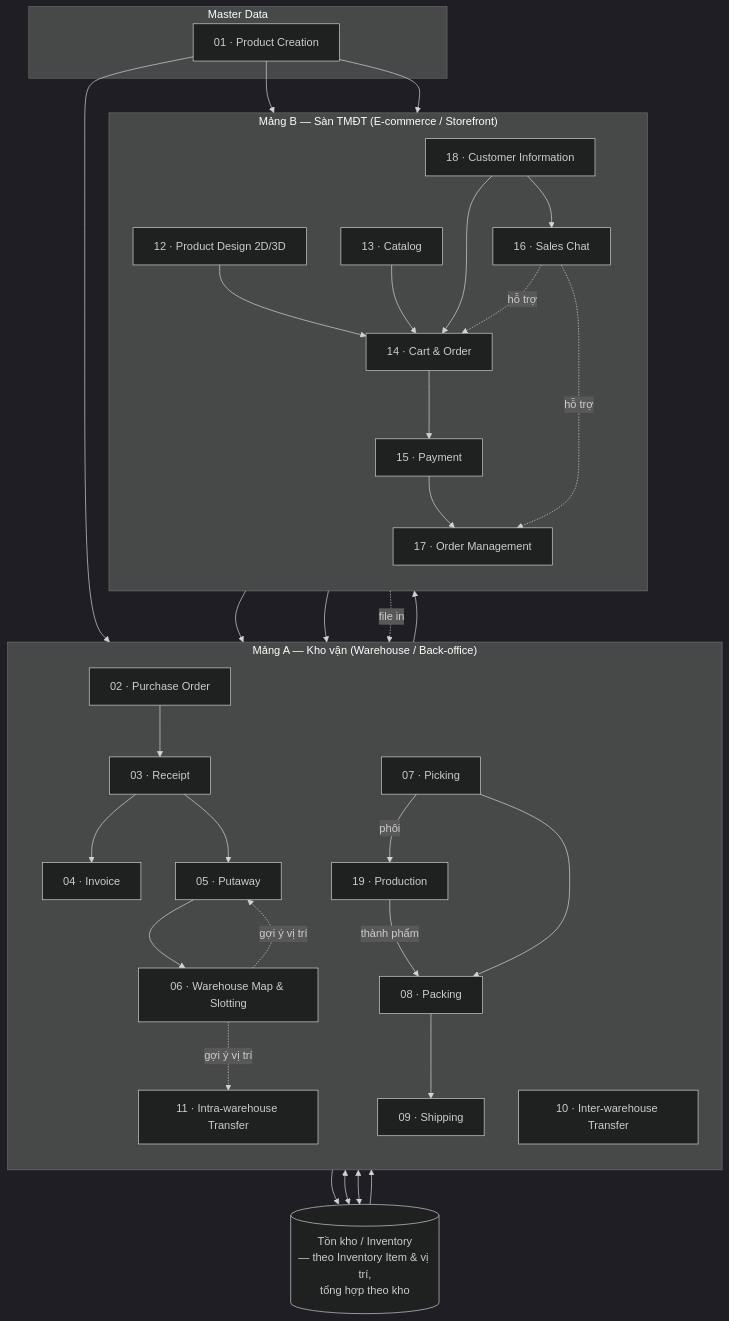
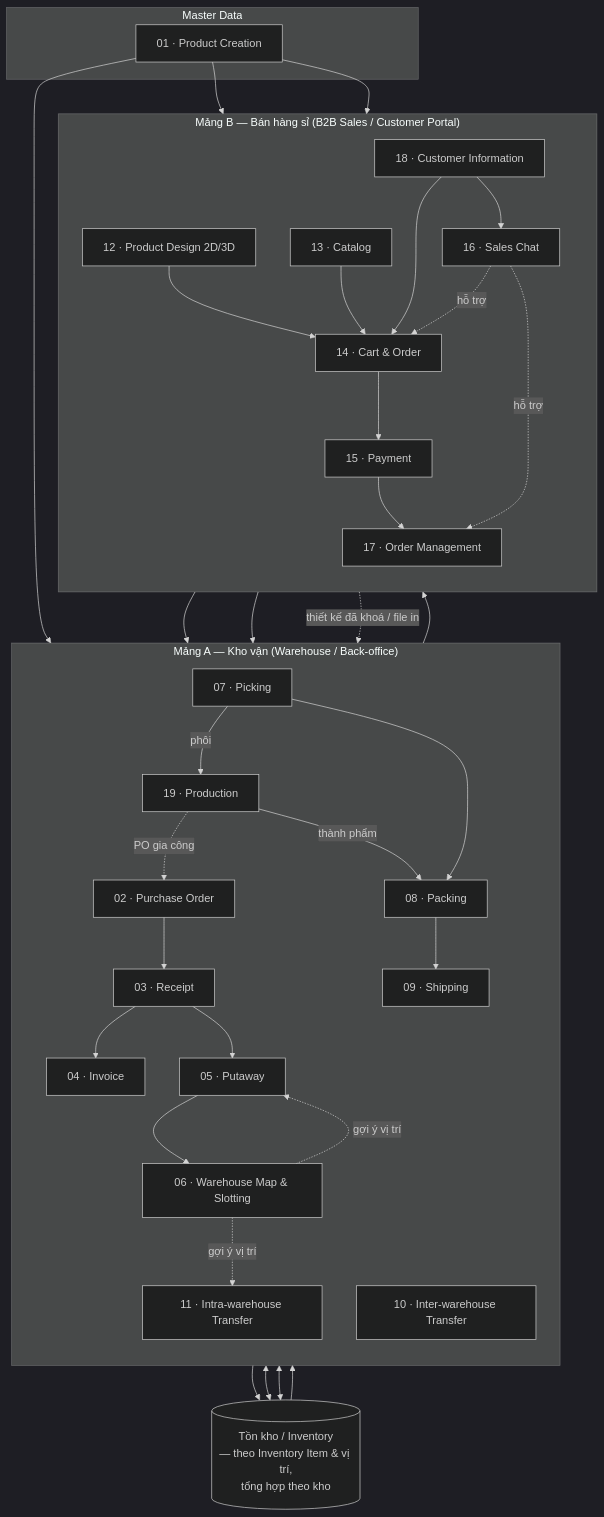
Before and after one commit to KLTN-FA26/docs: the first of 2 diagrams in docs/00-system-overview/README.md, drawn with Mermaid (dark theme). The commit also changed other lines of this file and 21 other files, not shown here.

````diff
--- a/docs/00-system-overview/README.md
+++ b/docs/00-system-overview/README.md
@@ -87,67 +90,68 @@
 ```mermaid
 flowchart TB
     subgraph MASTER["Master Data"]
         PC[01 · Product Creation]
     end
 
     subgraph WH["Mảng A — Kho vận (Warehouse / Back-office)"]
         direction TB
         PO[02 · Purchase Order]
         RC[03 · Receipt]
         INV[04 · Invoice]
         PA[05 · Putaway]
         MAP[06 · Warehouse Map & Slotting]
         PICK[07 · Picking]
         PACK[08 · Packing]
         SHIP[09 · Shipping]
         INTER[10 · Inter-warehouse Transfer]
         INTRA[11 · Intra-warehouse Transfer]
         PROD[19 · Production]
     end
 
-    subgraph EC["Mảng B — Sàn TMĐT (E-commerce / Storefront)"]
+    subgraph EC["Mảng B — Bán hàng sỉ (B2B Sales / Customer Portal)"]
         direction TB
         DSN[12 · Product Design 2D/3D]
         CAT[13 · Catalog]
         CO[14 · Cart & Order]
         PAY[15 · Payment]
         CHAT[16 · Sales Chat]
         OM[17 · Order Management]
         CIM[18 · Customer Information]
     end
 
     INVENTORY[(Tồn kho / Inventory\n— theo Inventory Item & vị trí,\ntổng hợp theo kho)]
 
     PC --> PO
     PC --> CAT
     PC --> DSN
     PO --> RC
     RC --> INV
     RC --> PA
     PA --> MAP
     MAP -. gợi ý vị trí .-> PA
     PA --> INVENTORY
 
     CAT --> CO
     DSN --> CO
     CO --> PAY
     PAY --> OM
     CHAT -. hỗ trợ .-> CO
     CHAT -. hỗ trợ .-> OM
     CIM --> CO
     CIM --> CHAT
 
     OM --> PICK
     OM --> PROD
-    DSN -. file in .-> PROD
+    DSN -. thiết kế đã khoá / file in .-> PROD
     PICK -- phôi --> PROD
     PROD -- thành phẩm --> PACK
+    PROD -. PO gia công .-> PO
     INVENTORY --> PICK
     PICK --> PACK
     PACK --> SHIP
     SHIP --> OM
 
     INTER <--> INVENTORY
     INTRA <--> INVENTORY
     MAP -. gợi ý vị trí .-> INTRA
 ```
````
